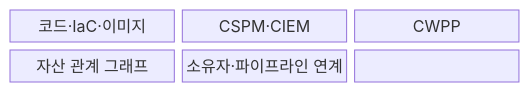
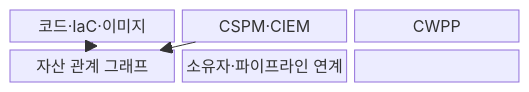
Before and after one commit to agnusdei1207/knowledge-base: the first of 2 diagrams in src/content/docs/notes/05-security/073_cnapp.md, drawn with Mermaid. The commit also changed other lines of this file and 20 other files, not shown here.

````diff
--- a/src/content/docs/notes/05-security/073_cnapp.md
+++ b/src/content/docs/notes/05-security/073_cnapp.md
@@ -61,11 +66,12 @@
 ```mermaid
 block-beta
   columns 3
   A["코드·IaC·이미지"]
   B["CSPM·CIEM"]
   C["CWPP"]
   D["자산 관계 그래프"]
   E["소유자·파이프라인 연계"]
-  A --- B --- C
-  C --- D --- E
+  A --> D
+  B --> D
+  C --> D --> E
 ```
````
